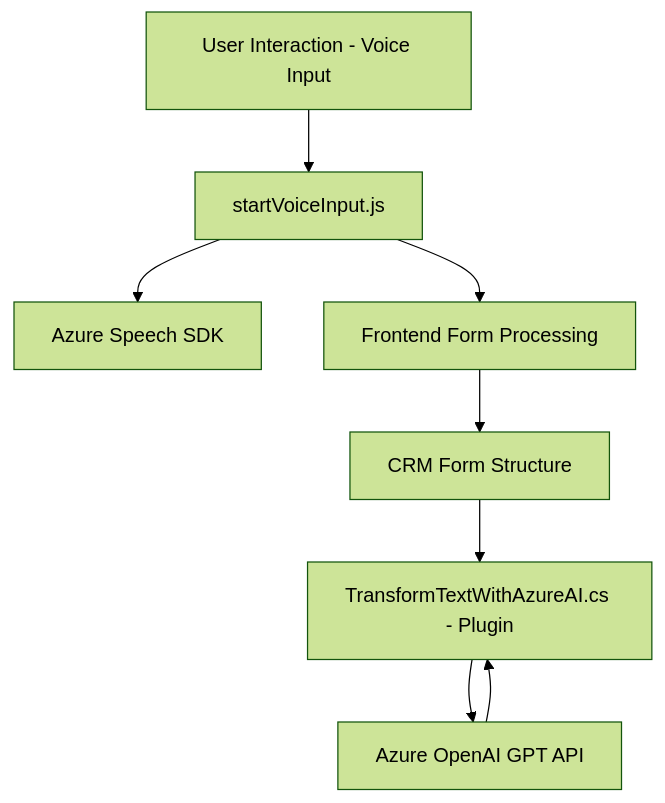
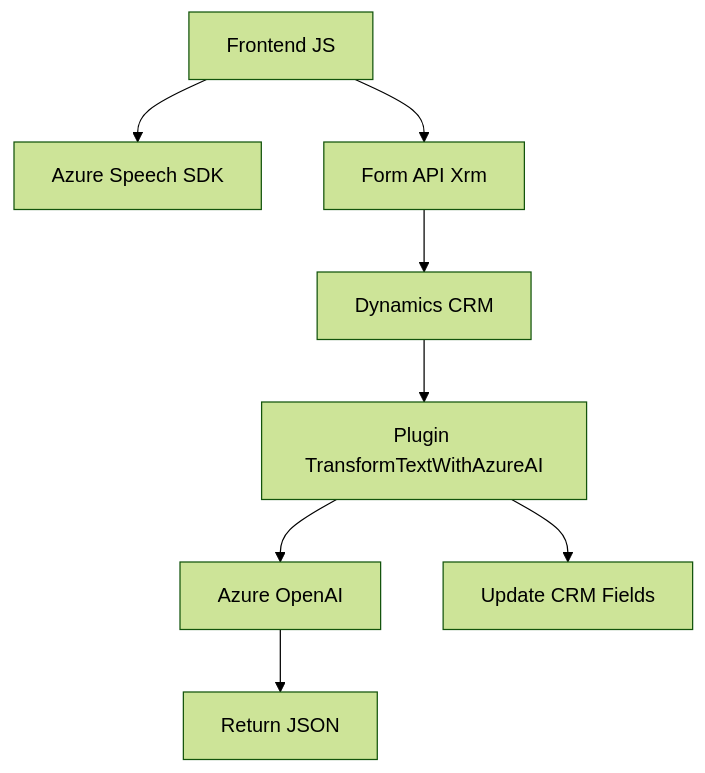
The diagram in README.md (blopezdm/NETCORE_BILBAO2025), drawn with Mermaid (forest theme) before and after one commit. The commit also changed other lines of this file, not shown here.

````diff
--- a/README.md
+++ b/README.md
@@ -42,18 +58,10 @@
 ```mermaid
 graph TD
-    A["User Interaction - Voice Input"]
-    B["startVoiceInput.js"]
-    C["Azure Speech SDK"]
-    D["Azure OpenAI GPT API"]
-    E["Frontend Form Processing"]
-    F["CRM Form Structure"]
-    G["TransformTextWithAzureAI.cs - Plugin"]
-
-    A --> B
-    B --> C
-    B --> E
-    E --> F
-    F --> G
-    G --> D
-    D --> G
+    A["Frontend JS"] --> B["Azure Speech SDK"]
+    A --> C["Form API Xrm"]
+    C --> D["Dynamics CRM"]
+    D --> E["Plugin TransformTextWithAzureAI"]
+    E --> F["Azure OpenAI"]
+    F --> G["Return JSON"]
+    E --> H["Update CRM Fields"]
 ```
````
